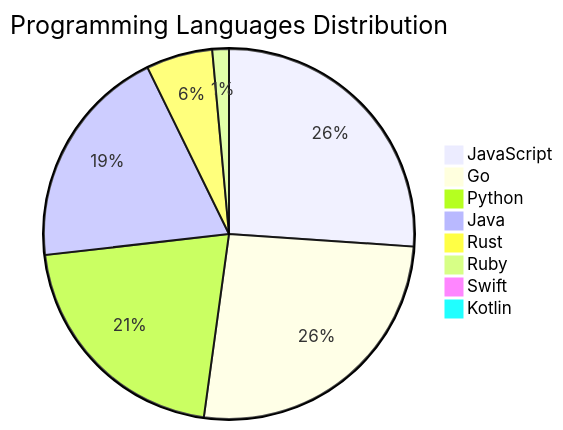
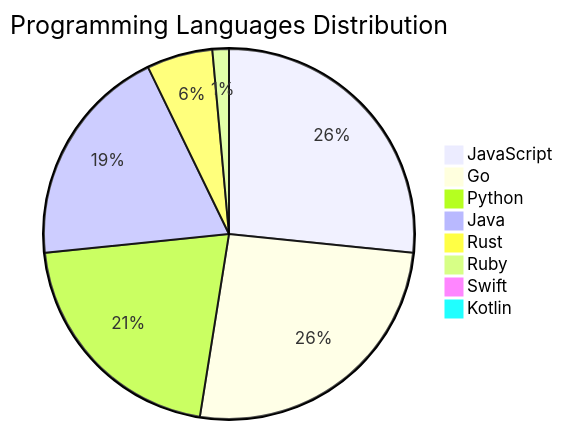
One commit to Derrick-MUGISHA/github-activity-bot changed the diagram in README.md. Above: the diagram before and after it, drawn with Mermaid. The commit also changed other lines of this file and 4 other files, not shown here.

````diff
--- a/README.md
+++ b/README.md
@@ -209,11 +209,11 @@
 ```mermaid
 pie title Programming Languages Distribution
-    "JavaScript" : 36
+    "JavaScript" : 37
     "Go" : 36
     "Python" : 29
     "Java" : 27
     "Rust" : 8
     "Ruby" : 2
     "Swift" : 1
     "Kotlin" : 1
 ```
````
